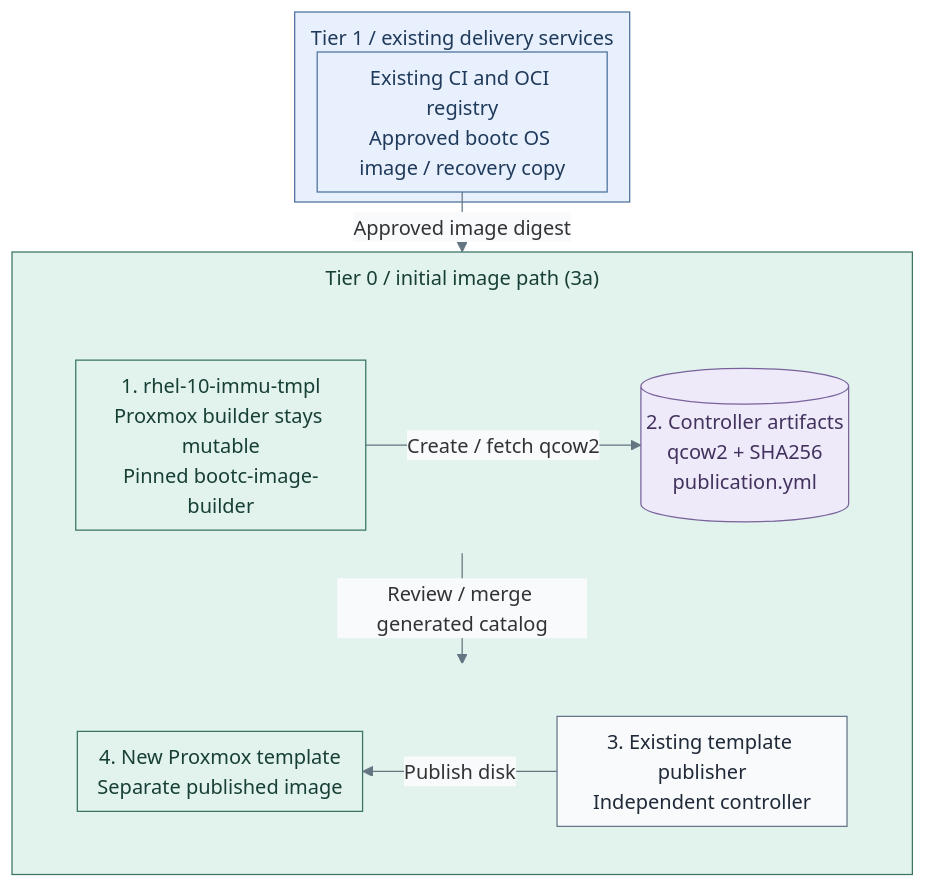
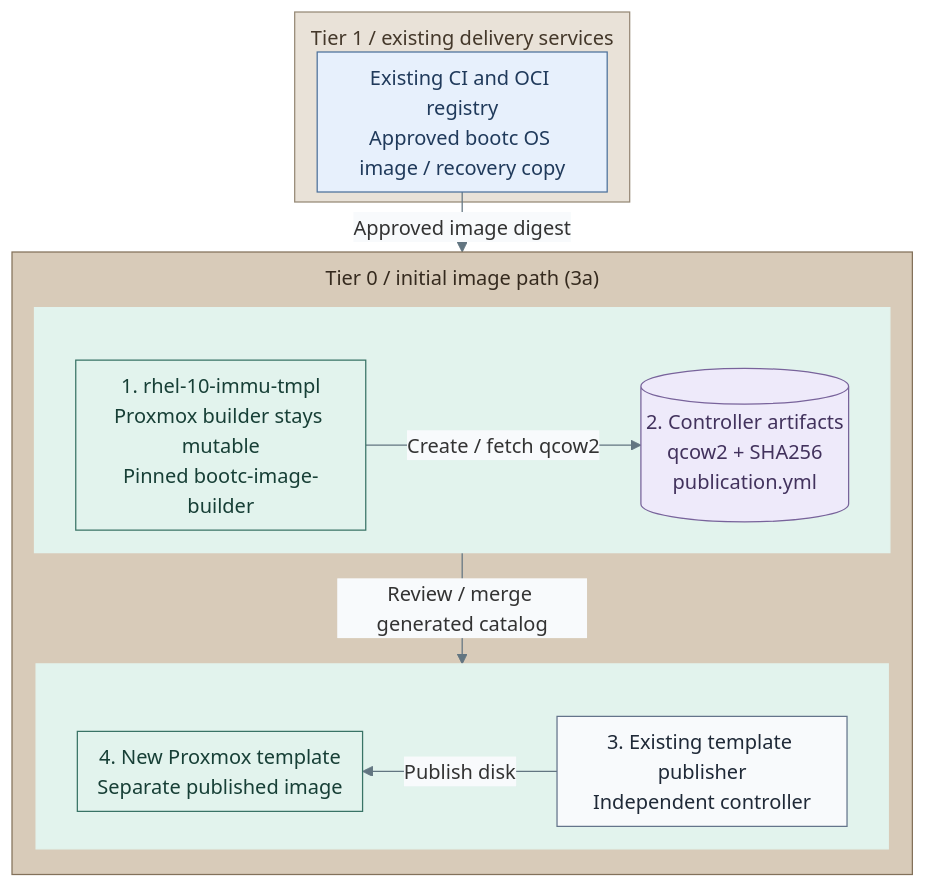
Before and after one commit to Rexus/homelab: the diagram in docs/03-deployment/stage-9-development/step-15b-image-based-linux.md, drawn with Mermaid. The commit also changed 108 other files, not shown here.

Commit message:
docs(diagrams): unify visual language and opening views

````diff
--- a/docs/03-deployment/stage-9-development/step-15b-image-based-linux.md
+++ b/docs/03-deployment/stage-9-development/step-15b-image-based-linux.md
@@ -19,33 +19,37 @@
 ```mermaid
 %%{init: {"theme":"base","flowchart":{"nodeSpacing":16,"rankSpacing":16,"padding":8,"subGraphTitleMargin":{"top":8,"bottom":16}},"themeVariables":{"lineColor":"#627581","edgeLabelBackground":"#f8fafc"}}}%%
 flowchart TB
   subgraph T1["Tier 1 / existing delivery services"]
     CI["Existing CI and OCI registry<br/>Approved bootc OS image / recovery copy"]
   end
   subgraph T0["Tier 0 / initial image path (3a)"]
     direction TB
     subgraph Build[" "]
       direction LR
       Builder["1. rhel-10-immu-tmpl<br/>Proxmox builder stays mutable<br/>Pinned bootc-image-builder"]
       Artifact[("2. Controller artifacts<br/>qcow2 + SHA256<br/>publication.yml")]
       Builder -->|Create / fetch qcow2| Artifact
     end
     subgraph Publish[" "]
       direction RL
       Publisher["3. Existing template publisher<br/>Independent controller"]
       Template["4. New Proxmox template<br/>Separate published image"]
       Publisher -->|Publish disk| Template
     end
     Build -->|Review / merge generated catalog| Publish
   end
   CI -->|Approved image digest| T0
   classDef default fill:#f8fafc,stroke:#64748b,color:#1f2937
   classDef data fill:#eeeafa,stroke:#78639b,color:#42325d
   classDef services fill:#e7f0fc,stroke:#4d719b,color:#203a5b
   classDef control fill:#e2f3ed,stroke:#397366,color:#173f36
   classDef controlHeading fill:#e2f3ed,stroke:#e2f3ed,color:#173f36
   class Artifact data
-  class T1,CI services
-  class T0,Builder,Template control
+  class CI services
+  class Builder,Template control
   class Build,Publish controlHeading
+  classDef tier0 fill:#d8cbb9,stroke:#83715a,color:#352a1e
+  class T0 tier0
+  classDef tier1 fill:#e9e2d8,stroke:#968976,color:#44382a
+  class T1 tier1
 ```
````
